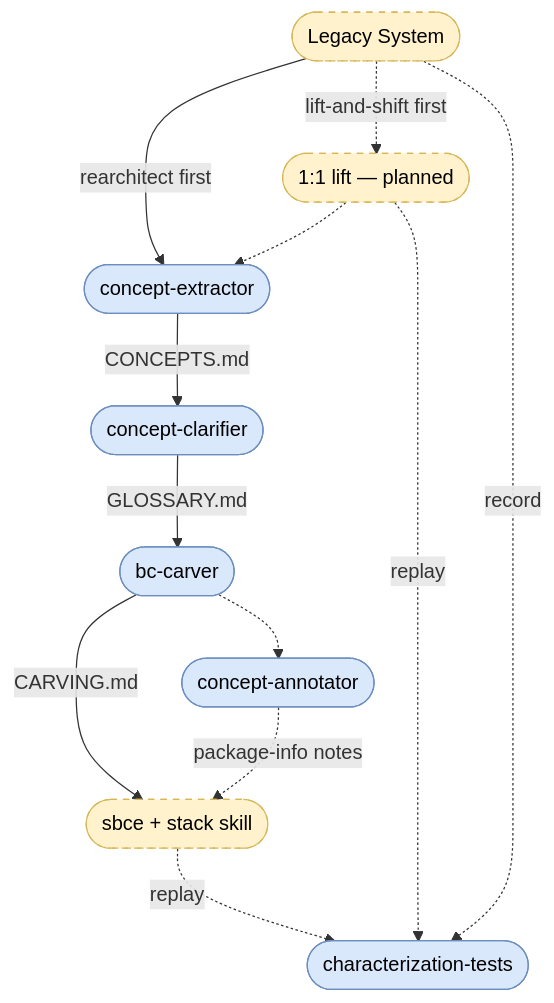
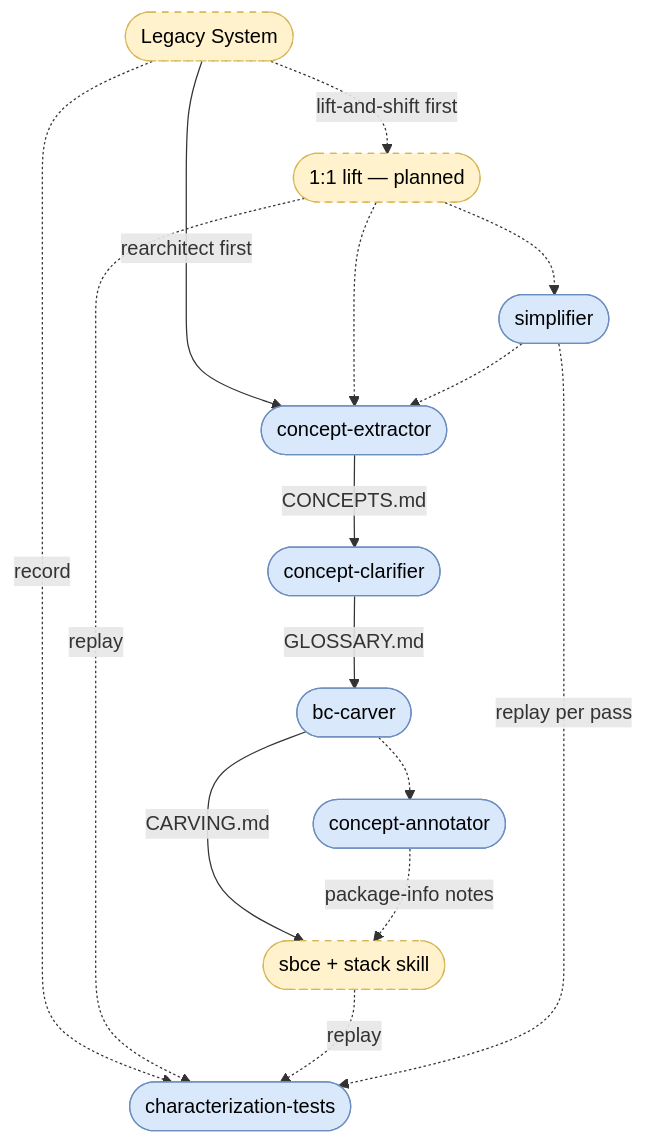
The diagram in migrations/README.md (AdamBien/airails), drawn with Mermaid before and after one commit. The commit also changed other lines of this file and 1 other file, not shown here.

Commit message:
simplifier skill created

````diff
--- a/migrations/README.md
+++ b/migrations/README.md
@@ -5,19 +5,22 @@
 ```mermaid
 graph TD
     Legacy([Legacy System]) -->|rearchitect first| Extractor([concept-extractor])
     Legacy -.->|lift-and-shift first| Lift([1:1 lift — planned])
     Lift -.-> Extractor
     Extractor -->|CONCEPTS.md| Clarifier([concept-clarifier])
     Clarifier -->|GLOSSARY.md| Carver([bc-carver])
     Carver -->|CARVING.md| SBCE([sbce + stack skill])
     Carver -.-> Annotator([concept-annotator])
     Annotator -.->|package-info notes| SBCE
     Legacy -.->|record| Charact([characterization-tests])
     Lift -.->|replay| Charact
     SBCE -.->|replay| Charact
+    Lift -.-> Simplifier([simplifier])
+    Simplifier -.->|replay per pass| Charact
+    Simplifier -.-> Extractor
 
     classDef bc fill:#dae8fc,stroke:#6c8ebf,color:#000
     classDef ext fill:#fff2cc,stroke:#d6b656,color:#000,stroke-dasharray:5 5
-    class Extractor,Clarifier,Carver,Annotator,Charact bc
+    class Extractor,Clarifier,Carver,Annotator,Charact,Simplifier bc
     class Legacy,Lift,SBCE ext
 ```
````
